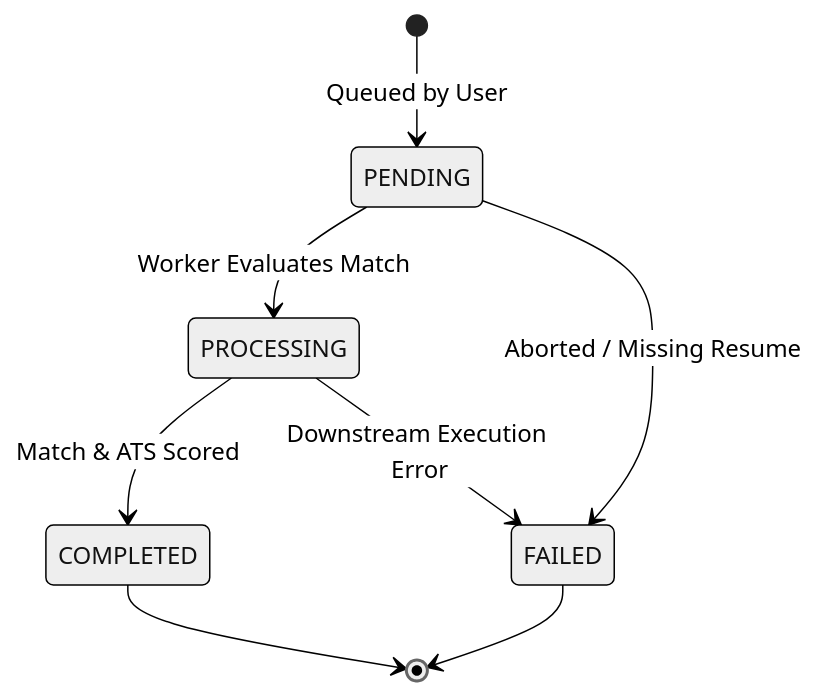
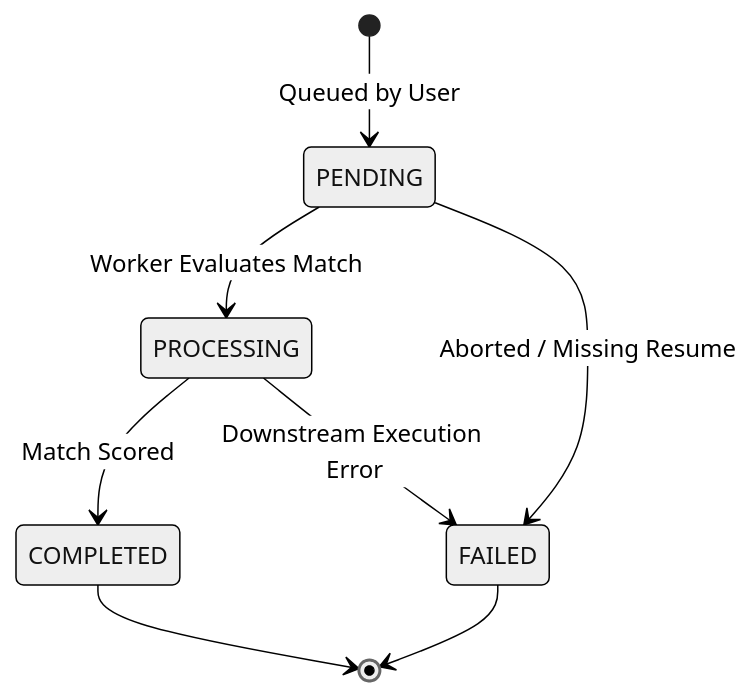
The second of 2 diagrams in docs/RELIABILITY.md (PattallaPuneeth/resumatch-ai), drawn with Mermaid (neutral theme) before and after one commit. The commit also changed 13 other files, not shown here.

````diff
--- a/docs/RELIABILITY.md
+++ b/docs/RELIABILITY.md
@@ -47,10 +47,10 @@
 ```mermaid
 stateDiagram-v2
     [*] --> PENDING: Queued by User
     PENDING --> PROCESSING: Worker Evaluates Match
     PENDING --> FAILED: Aborted / Missing Resume
-    PROCESSING --> COMPLETED: Match & ATS Scored
+    PROCESSING --> COMPLETED: Match Scored
     PROCESSING --> FAILED: Downstream Execution Error
     COMPLETED --> [*]
     FAILED --> [*]
 ```
````
